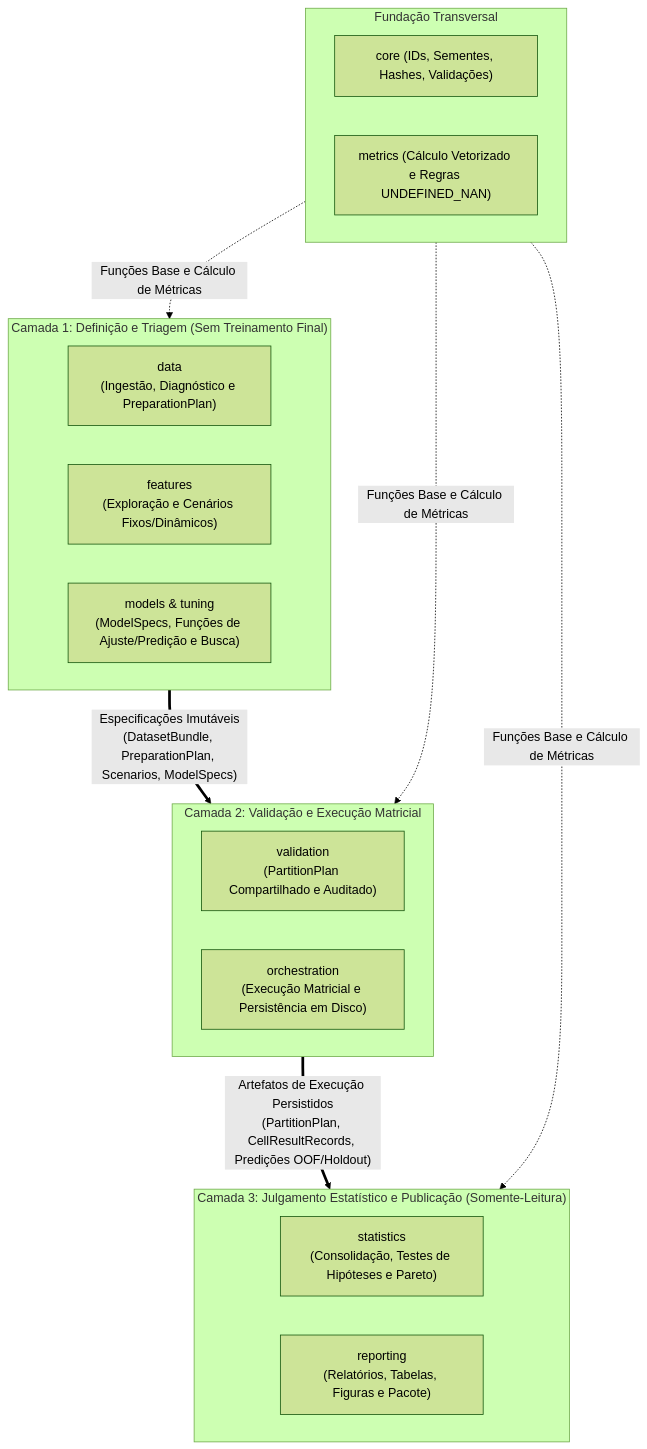
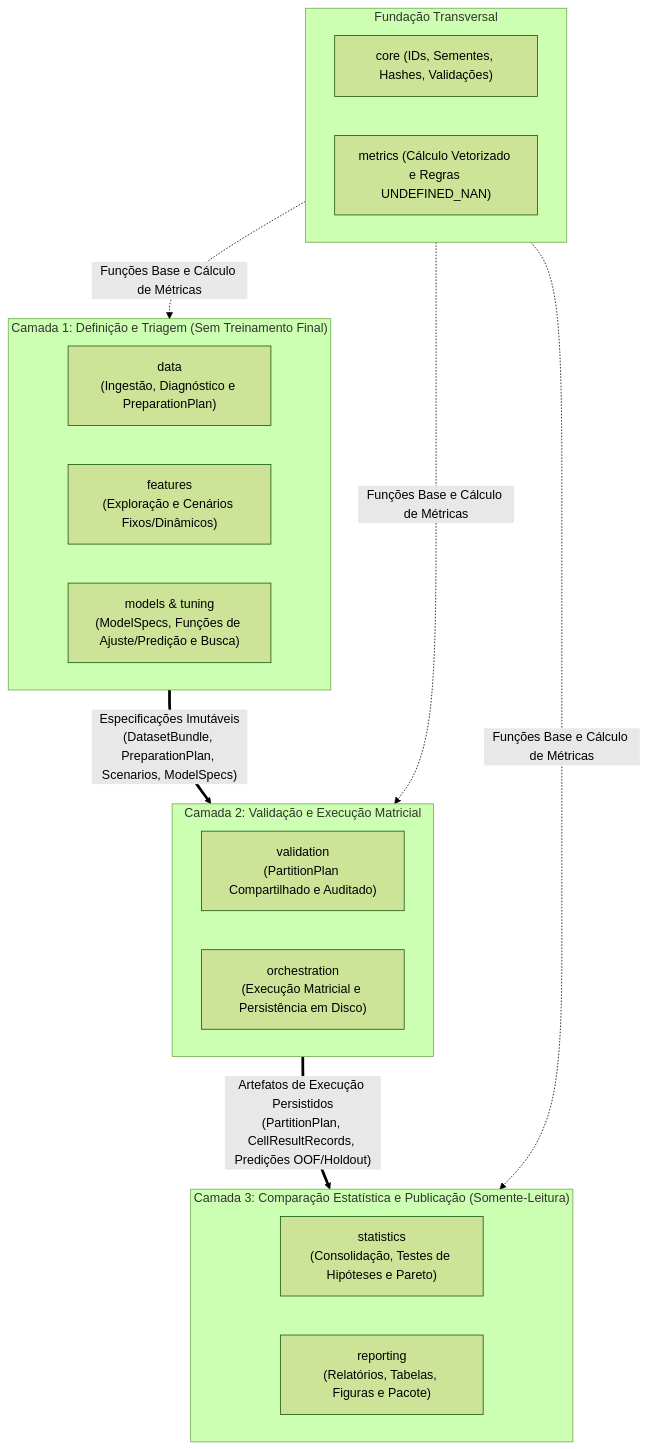
Before and after one commit to aleerangel/experimental-ml-framework: the first of 4 diagrams in engenharia_software/ARQUITETURA_E_CONTRATOS.md, drawn with Mermaid (forest theme). The commit also changed other lines of this file and 3 other files, not shown here.

````diff
--- a/engenharia_software/ARQUITETURA_E_CONTRATOS.md
+++ b/engenharia_software/ARQUITETURA_E_CONTRATOS.md
@@ -75,33 +75,33 @@
 ```mermaid
 flowchart TD
     subgraph Camada_1["Camada 1: Definição e Triagem (Sem Treinamento Final)"]
         direction LR
         M_Data["data<br/>(Ingestão, Diagnóstico e PreparationPlan)"]
         M_Features["features<br/>(Exploração e Cenários Fixos/Dinâmicos)"]
         M_Models["models & tuning<br/>(ModelSpecs, Funções de Ajuste/Predição e Busca)"]
     end
 
     subgraph Camada_2["Camada 2: Validação e Execução Matricial"]
         direction LR
         M_Validation["validation<br/>(PartitionPlan Compartilhado e Auditado)"]
         M_Orchestration["orchestration<br/>(Execução Matricial e Persistência em Disco)"]
     end
 
-    subgraph Camada_3["Camada 3: Julgamento Estatístico e Publicação (Somente-Leitura)"]
+    subgraph Camada_3["Camada 3: Comparação Estatística e Publicação (Somente-Leitura)"]
         direction LR
         M_Statistics["statistics<br/>(Consolidação, Testes de Hipóteses e Pareto)"]
         M_Reporting["reporting<br/>(Relatórios, Tabelas, Figuras e Pacote)"]
     end
 
     subgraph Base_Transversal["Fundação Transversal"]
         direction LR
         M_Core["core (IDs, Sementes, Hashes, Validações)"]
         M_Metrics["metrics (Cálculo Vetorizado e Regras UNDEFINED_NAN)"]
     end
 
     Camada_1 ==>|"Especificações Imutáveis<br/>(DatasetBundle, PreparationPlan, Scenarios, ModelSpecs)"| Camada_2
     Camada_2 ==>|"Artefatos de Execução Persistidos<br/>(PartitionPlan, CellResultRecords, Predições OOF/Holdout)"| Camada_3
     Base_Transversal -.->|"Funções Base e Cálculo de Métricas"| Camada_1
     Base_Transversal -.->|"Funções Base e Cálculo de Métricas"| Camada_2
     Base_Transversal -.->|"Funções Base e Cálculo de Métricas"| Camada_3
 ```
````
